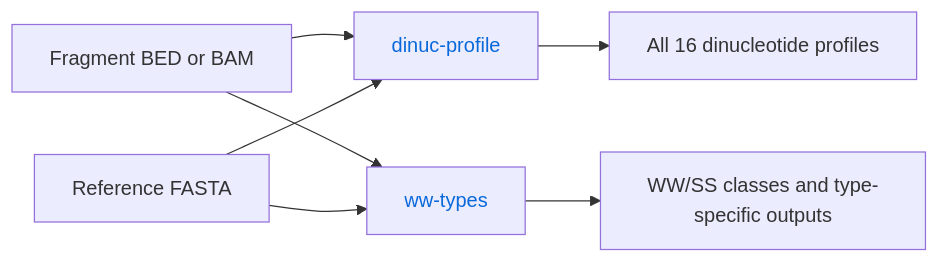
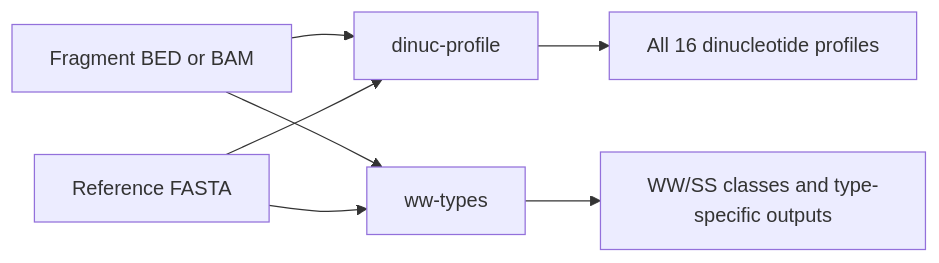
Diagram 14 of 18 in docs/WORKFLOWS.md (adjohnston85/NucleoSuite), drawn with Mermaid before and after one commit. The commit also changed other lines of this file and 84 other files, not shown here.

````diff
--- a/docs/WORKFLOWS.md
+++ b/docs/WORKFLOWS.md
@@ -384,14 +338,9 @@
 ```mermaid
 flowchart LR
     A[Fragment BED or BAM] --> C[dinuc-profile]
     B[Reference FASTA] --> C
     A --> D[ww-types]
     B --> D
     C --> E[All 16 dinucleotide profiles]
     D --> F[WW/SS classes and type-specific outputs]
-
-    classDef commandLink color:#0969da,text-decoration:none;
-    class C,D commandLink;
-    click C href "https://github.com/adjohnston85/NucleoSuite/blob/main/docs/commands/dinuc-profile.md" "Open dinuc-profile documentation"
-    click D href "https://github.com/adjohnston85/NucleoSuite/blob/main/docs/commands/ww-types.md" "Open ww-types documentation"
 ```
````
